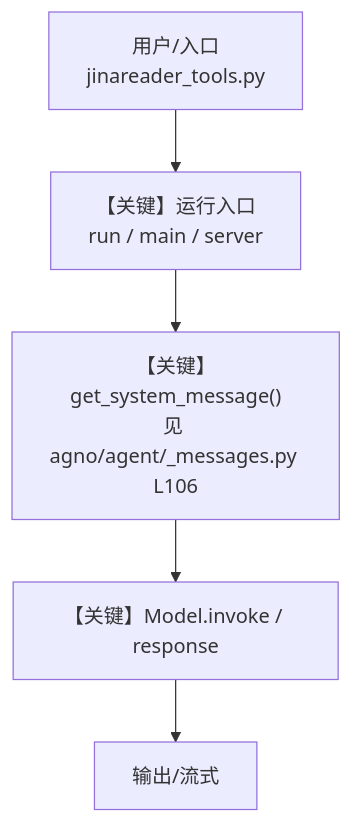
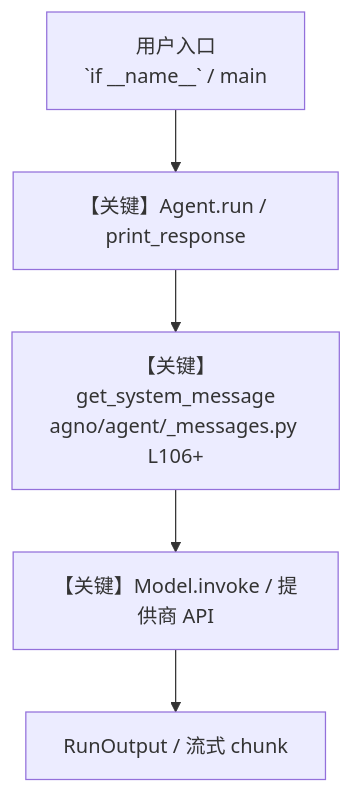
One commit to defulat-coder/agno-learn changed the diagram in cookbook/91_tools/jinareader_tools.md. Above: the diagram before and after it, drawn with Mermaid. The commit also changed other lines of this file and 1669 other files, not shown here.

````diff
--- a/cookbook/91_tools/jinareader_tools.md
+++ b/cookbook/91_tools/jinareader_tools.md
@@ -81,7 +106,7 @@
 ```mermaid
 flowchart TD
-    U["用户/入口<br/>jinareader_tools.py"] --> R["【关键】运行入口<br/>run / main / server"]
-    R --> S["【关键】get_system_message()<br/>见 agno/agent/_messages.py L106"]
-    S --> M["【关键】Model.invoke / response"]
-    M --> Out["输出/流式"]
+    Entry["用户入口<br/>`if __name__` / main"] --> Run["【关键】Agent.run / print_response"]
+    Run --> Sys["【关键】get_system_message<br/>agno/agent/_messages.py L106+"]
+    Sys --> Inv["【关键】Model.invoke / 提供商 API"]
+    Inv --> Out["RunOutput / 流式 chunk"]
 ```
````
